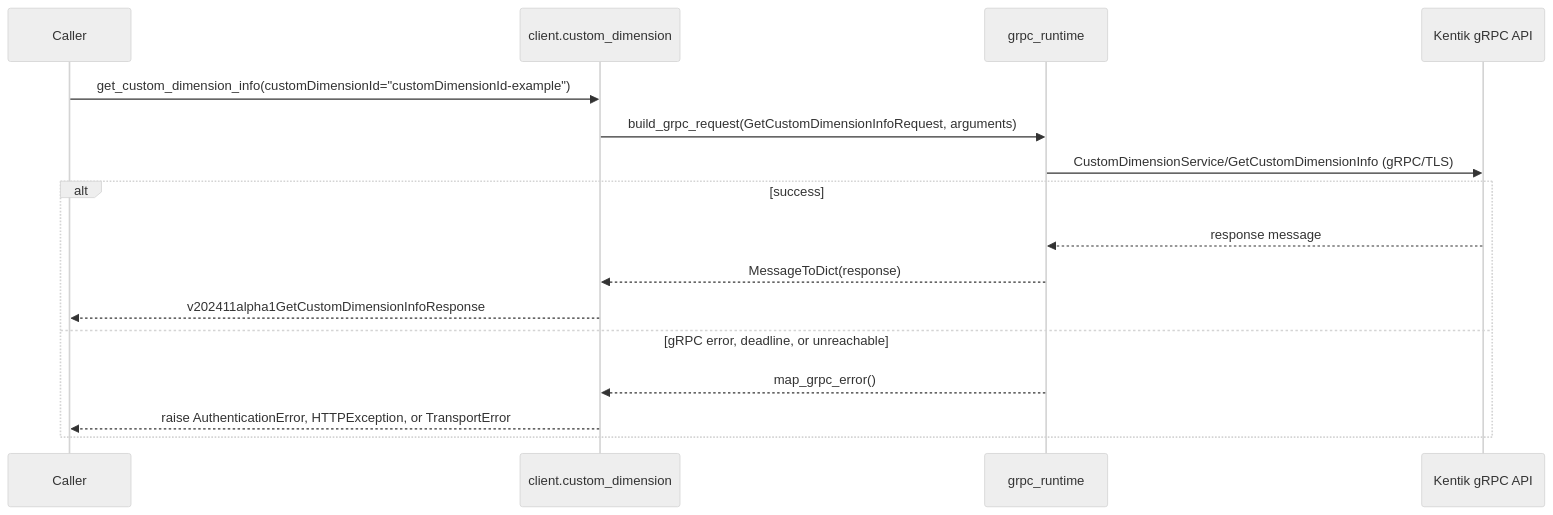
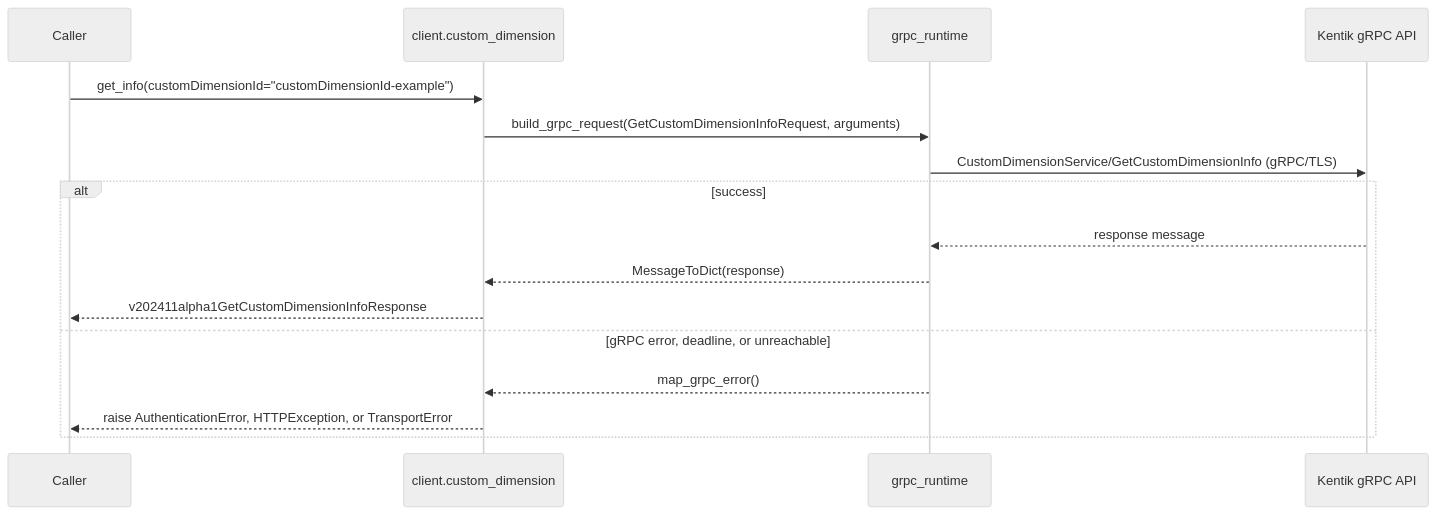
The fifth of 22 diagrams in docs/sphinx/services/custom_dimension.md (alexdearaujo/community_sdk_python), drawn with Mermaid (neutral theme) before and after one commit. The commit also changed other lines of this file and 28 other files, not shown here.

````diff
--- a/docs/sphinx/services/custom_dimension.md
+++ b/docs/sphinx/services/custom_dimension.md
@@ -127,19 +127,19 @@
 ```mermaid
 sequenceDiagram
     participant C as Caller
     participant W as client.custom_dimension
     participant R as grpc_runtime
     participant API as Kentik gRPC API
 
-    C->>W: get_custom_dimension_info(customDimensionId="customDimensionId-example")
+    C->>W: get_info(customDimensionId="customDimensionId-example")
     W->>R: build_grpc_request(GetCustomDimensionInfoRequest, arguments)
     R->>API: CustomDimensionService/GetCustomDimensionInfo (gRPC/TLS)
     alt success
         API-->>R: response message
         R-->>W: MessageToDict(response)
         W-->>C: v202411alpha1GetCustomDimensionInfoResponse
     else gRPC error, deadline, or unreachable
         R-->>W: map_grpc_error()
         W-->>C: raise AuthenticationError, HTTPException, or TransportError
     end
 ```
````
